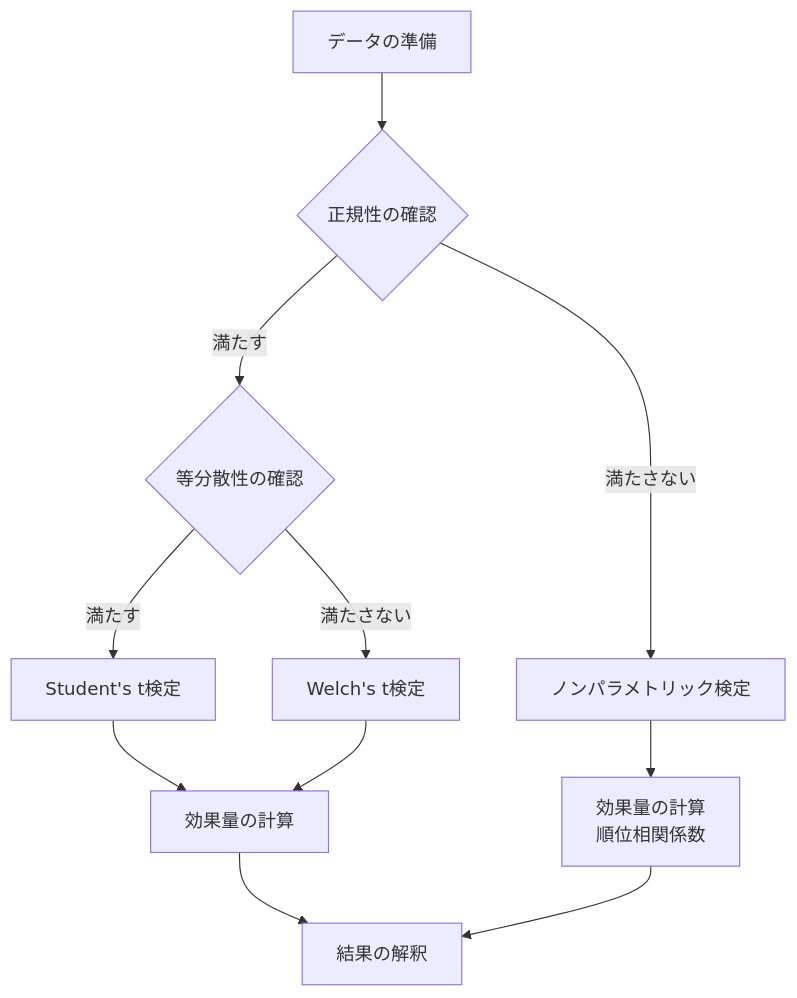
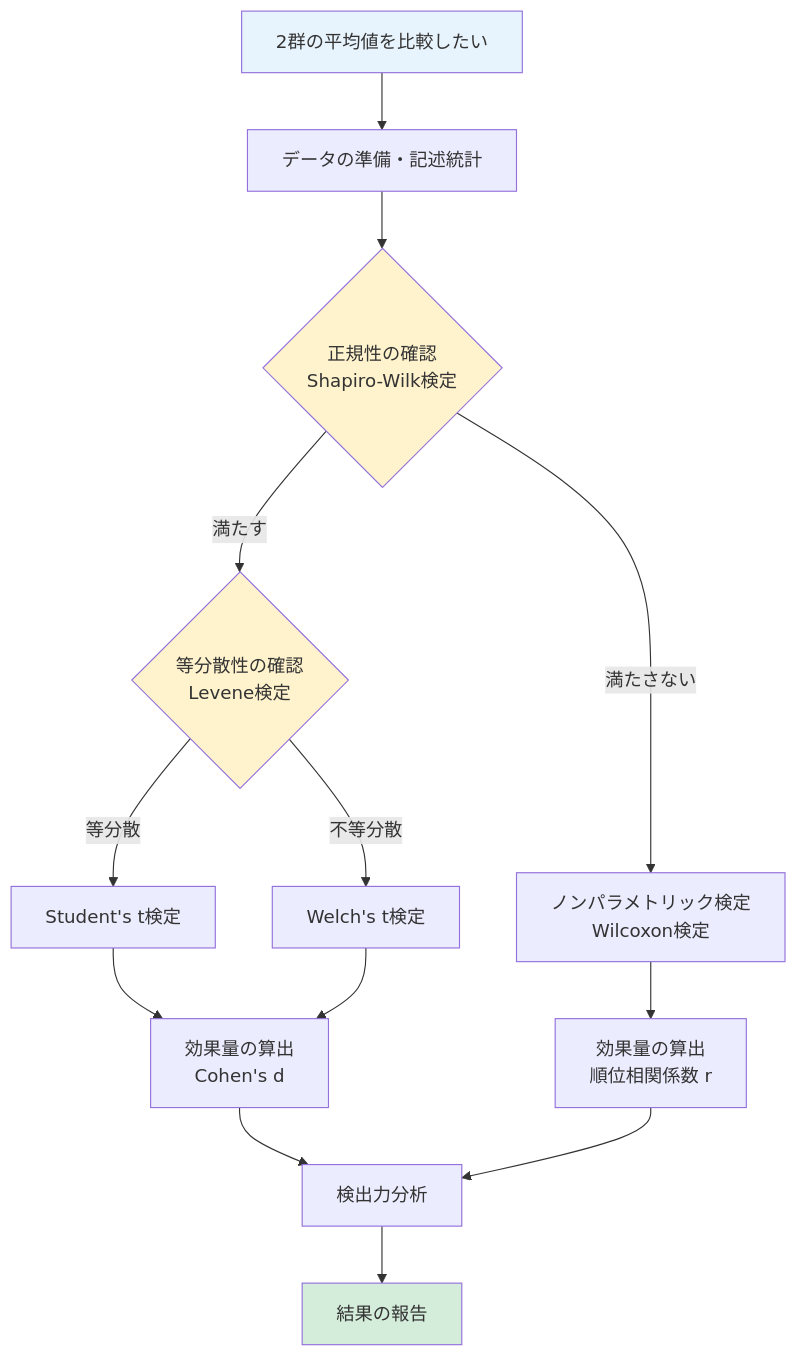
One commit to Ryuya-dot-com/ELE_Website_Statistics_Book changed the diagram in 1_T検定と効果量.qmd. Above: the diagram before and after it, drawn with Mermaid. The commit also changed other lines of this file and 286 other files, not shown here.

````diff
--- a/1_T検定と効果量.qmd
+++ b/1_T検定と効果量.qmd
@@ -163,13 +159,21 @@
 ```{mermaid}
+%%| fig-width: 8
 flowchart TD
-    A[データの準備] --> B{正規性の確認}
-    B -->|満たす| C{等分散性の確認}
-    B -->|満たさない| D[ノンパラメトリック検定]
-    C -->|満たす| E[Student's t検定]
-    C -->|満たさない| F[Welch's t検定]
-    E --> G[効果量の計算]
-    F --> G
-    D --> H[効果量の計算<br/>順位相関係数]
-    G --> I[結果の解釈]
-    H --> I
+    A[2群の平均値を比較したい] --> B[データの準備・記述統計]
+    B --> C{正規性の確認<br/>Shapiro-Wilk検定}
+    C -->|満たす| D{等分散性の確認<br/>Levene検定}
+    C -->|満たさない| E[ノンパラメトリック検定<br/>Wilcoxon検定]
+    D -->|等分散| F[Student's t検定]
+    D -->|不等分散| G[Welch's t検定]
+    F --> H[効果量の算出<br/>Cohen's d]
+    G --> H
+    E --> I[効果量の算出<br/>順位相関係数 r]
+    H --> J[検出力分析]
+    I --> J
+    J --> K[結果の報告]
+
+    style A fill:#e8f4fd
+    style C fill:#fff3cd
+    style D fill:#fff3cd
+    style K fill:#d4edda
 ```
````
